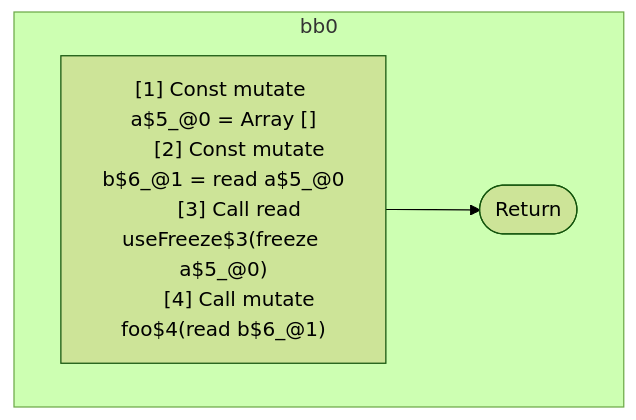
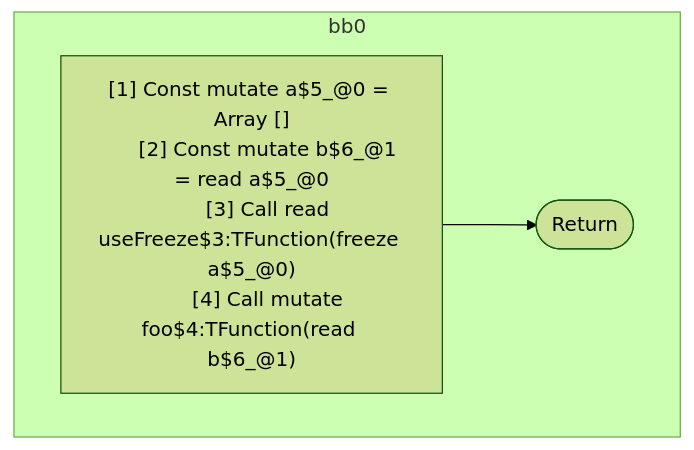
Before and after one commit to wutsmog/private: the first of 3 diagrams in compiler/forget/src/__tests__/fixtures/hir/frozen-after-alias.expect.md, drawn with Mermaid (forest theme). The commit also changed other lines of this file and 112 other files, not shown here.

````diff
--- a/compiler/forget/src/__tests__/fixtures/hir/frozen-after-alias.expect.md
+++ b/compiler/forget/src/__tests__/fixtures/hir/frozen-after-alias.expect.md
@@ -49,16 +49,16 @@
 ```mermaid
 flowchart TB
   %% Basic Blocks
   subgraph bb0
     bb0_instrs["
       [1] Const mutate a$5_@0 = Array []
       [2] Const mutate b$6_@1 = read a$5_@0
-      [3] Call read useFreeze$3(freeze a$5_@0)
-      [4] Call mutate foo$4(read b$6_@1)
+      [3] Call read useFreeze$3:TFunction(freeze a$5_@0)
+      [4] Call mutate foo$4:TFunction(read b$6_@1)
     "]
     bb0_instrs --> bb0_terminal(["Return"])
   end
 
   %% Jumps
   %% empty
 ```
````
